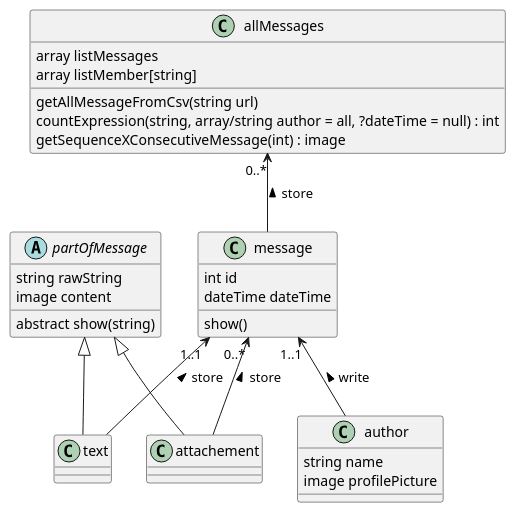
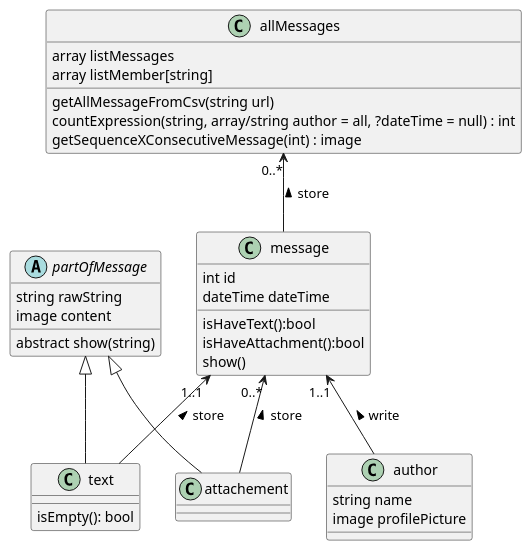
Before and after one commit to SNEAXIII/Discord-Conversation-Parsing: the diagram in diags.puml, drawn with PlantUML. The commit also changed 3 other files, not shown here.

```diff
--- a/diags.puml
+++ b/diags.puml
@@ -1,42 +1,45 @@
 @startuml
 
 class allMessages {
 array listMessages
 array listMember[string]
 getAllMessageFromCsv(string url)
 countExpression(string, array/string author = all, ?dateTime = null) : int
 getSequenceXConsecutiveMessage(int) : image
 }
 
 class message {
 int id
 dateTime dateTime
+isHaveText():bool
+isHaveAttachment():bool
 show()
 }
 
 abstract class partOfMessage {
 string rawString
 image content
 abstract show(string)
 }
 
 class attachement {
 }
 
 class text {
+isEmpty(): bool
 }
 
 class author {
 string name
 image profilePicture
 }
 
 
 allMessages "0..*"<-- message : store <
 message "0..*"<-- attachement : store <
 message "1..1"<-- text : store <
 message "1..1"<-- author : write <
 partOfMessage <|-- attachement
 partOfMessage <|-- text
 
 @enduml
```
